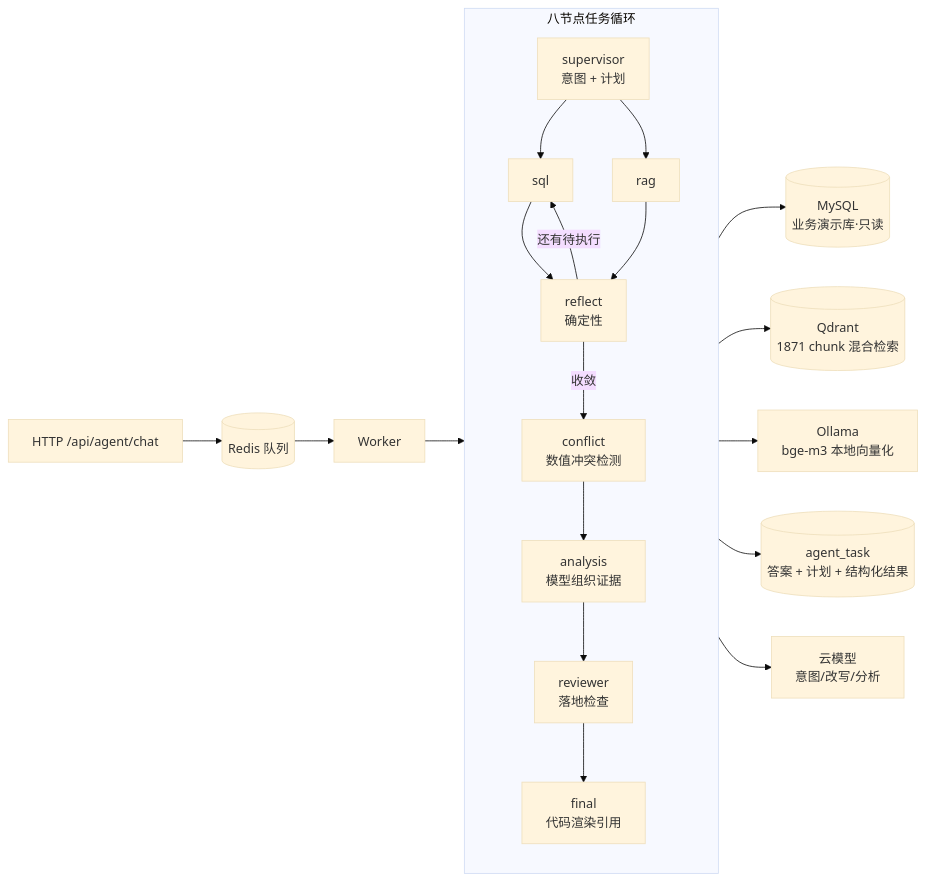
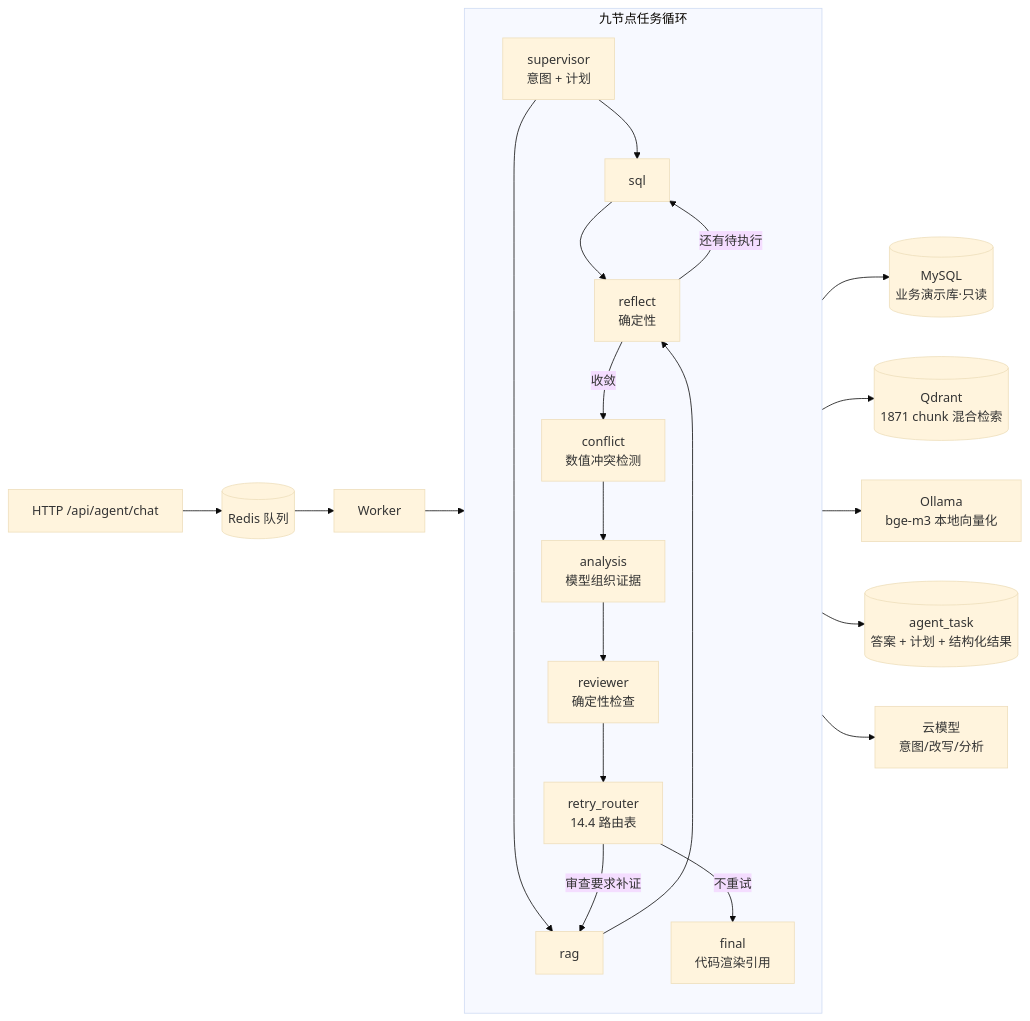
The diagram in README.md (zhaofuchen99/enterprise-agent), drawn with Mermaid (base theme) before and after one commit. The commit also changed other lines of this file and 13 other files, not shown here.

````diff
--- a/README.md
+++ b/README.md
@@ -74,25 +74,27 @@
 ```mermaid
 flowchart LR
     A[HTTP /api/agent/chat] --> B[(Redis 队列)]
     B --> C[Worker]
     C --> D{{最小 Graph}}
 
-    subgraph D [八节点任务循环]
+    subgraph D [九节点任务循环]
         direction TB
         S[supervisor<br/>意图 + 计划] --> T1[sql]
         S --> T2[rag]
         T1 --> R[reflect<br/>确定性]
         T2 --> R
         R -->|还有待执行| T1
         R -->|收敛| F[conflict<br/>数值冲突检测]
         F --> AN[analysis<br/>模型组织证据]
-        AN --> RV[reviewer<br/>落地检查]
-        RV --> FI[final<br/>代码渲染引用]
+        AN --> RV[reviewer<br/>确定性检查]
+        RV --> RR[retry_router<br/>14.4 路由表]
+        RR -->|审查要求补证| T2
+        RR -->|不重试| FI[final<br/>代码渲染引用]
     end
 
     T1 --> M[(MySQL<br/>业务演示库·只读)]
     T2 --> Q[(Qdrant<br/>1871 chunk 混合检索)]
     T2 --> O[Ollama<br/>bge-m3 本地向量化]
     D --> G[云模型<br/>意图/改写/分析]
     FI --> E[(agent_task<br/>答案 + 计划 + 结构化结果)]
 ```
````
